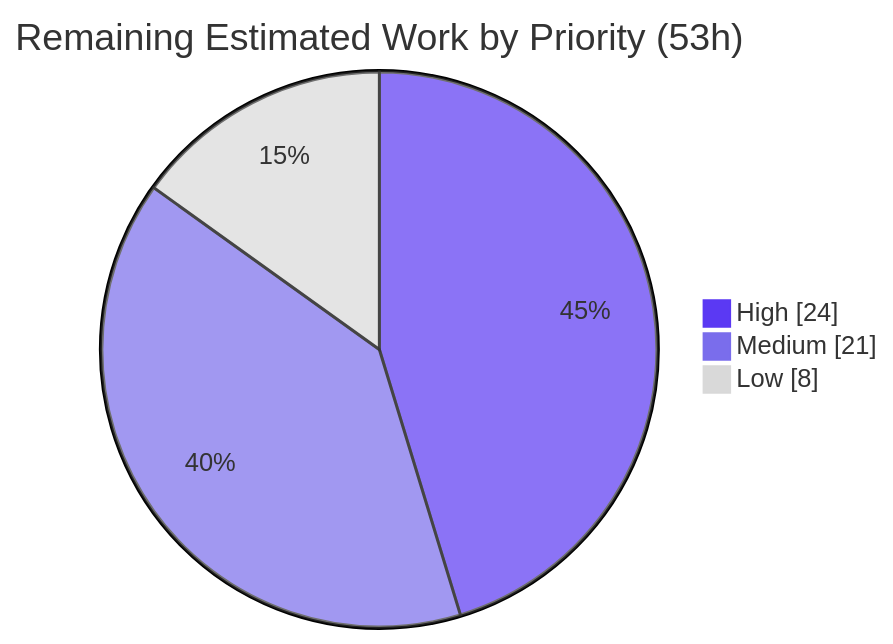
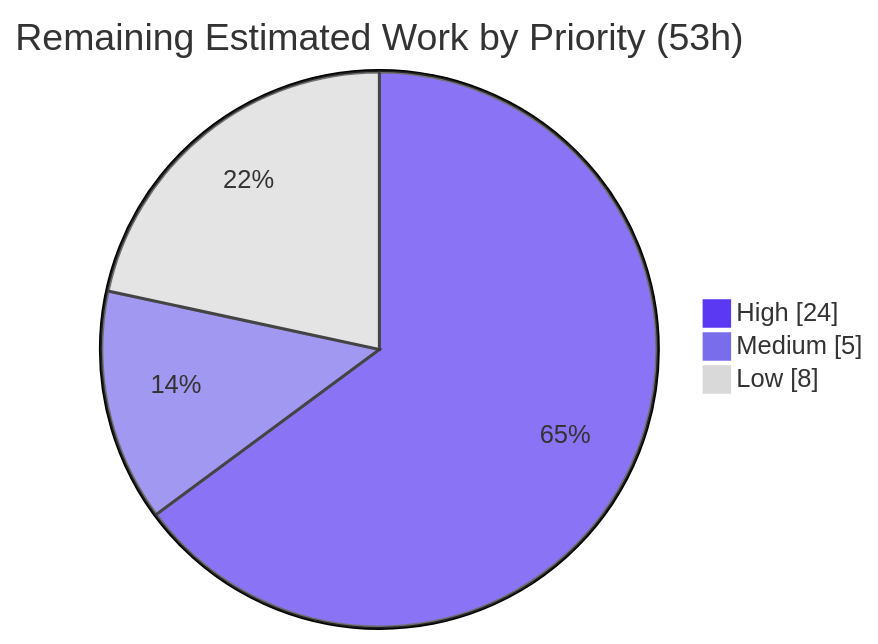
One commit to blitzy-research/zlib changed the third of 3 diagrams in blitzy/documentation/Project Guide.md. Above: the diagram before and after it, drawn with Mermaid. The commit also changed other lines of this file and 47 other files, not shown here.

````diff
--- a/blitzy/documentation/Project Guide.md
+++ b/blitzy/documentation/Project Guide.md
@@ -384,7 +437,7 @@
 ```mermaid
 %%{init: {'theme':'base','themeVariables':{'pie1':'#5B39F3','pie2':'#7A6DEC','pie3':'#D9D9D9','pieSectionTextColor':'#333333','pieStrokeColor':'#333333'}}}%%
 pie showData title Remaining Estimated Work by Priority (53h)
     "High" : 24
-    "Medium" : 21
+    "Medium" : 5
     "Low" : 8
 ```
````
